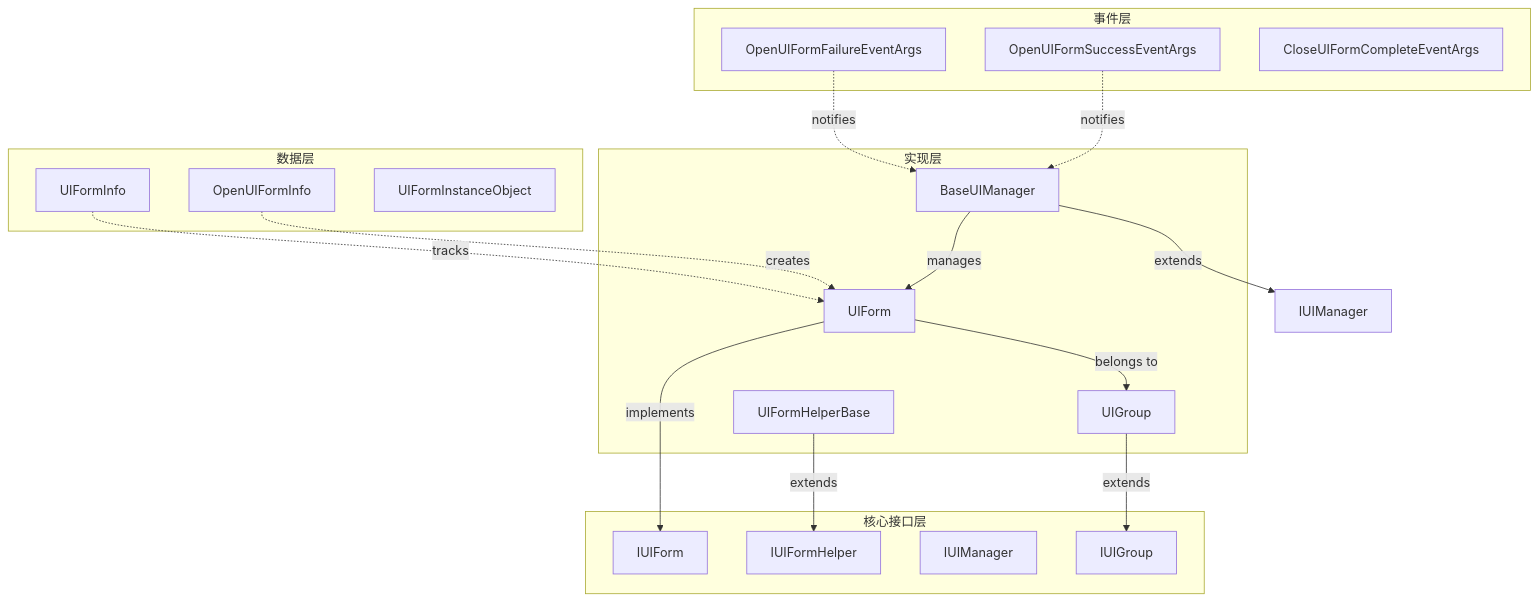
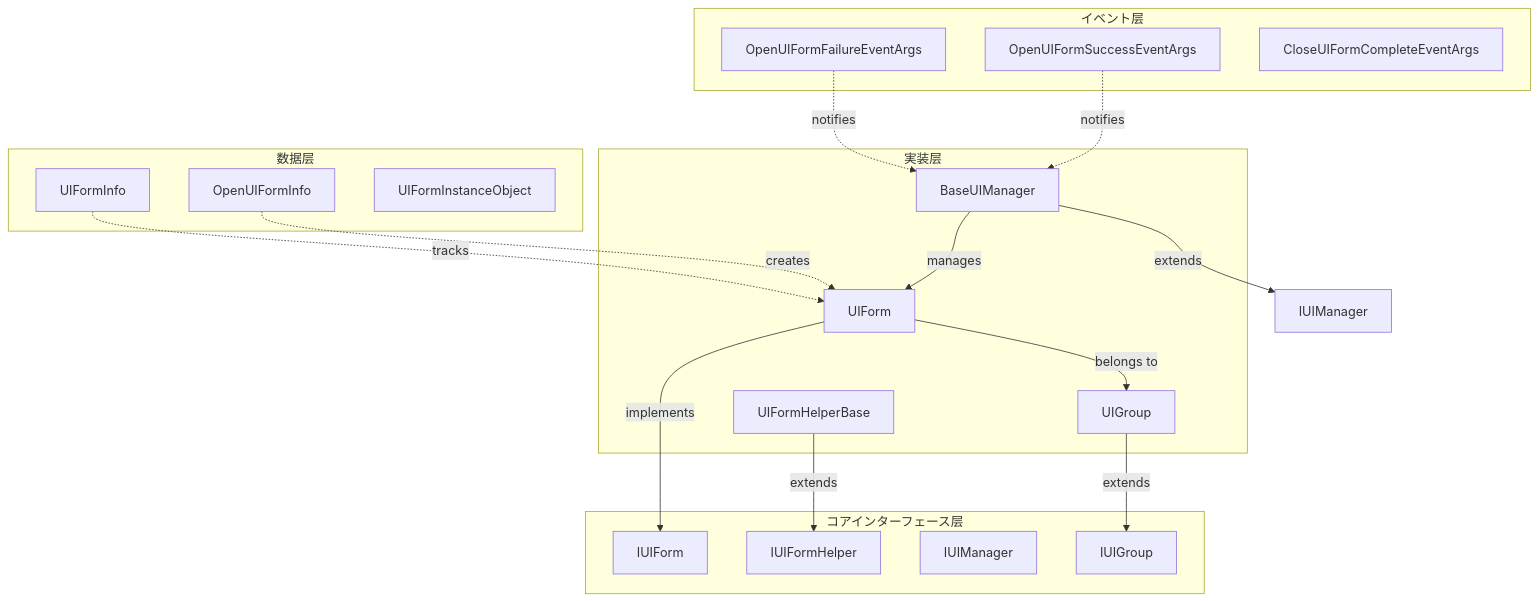
Before and after one commit to AlianBlank/GameFrameX.Docs: the first of 4 diagrams in docs/ja/client/unity/component/ui/06.ui-form.md, drawn with Mermaid. The commit also changed other lines of this file and 603 other files, not shown here.

````diff
--- a/docs/ja/client/unity/component/ui/06.ui-form.md
+++ b/docs/ja/client/unity/component/ui/06.ui-form.md
@@ -21,39 +21,39 @@
 ```mermaid
 flowchart TD
-    subgraph Core["核心接口层"]
+    subgraph Core["コアインターフェース层"]
         IUF[IUIForm]
         IUFH[IUIFormHelper]
        IUM[IUIManager]
         IUG[IUIGroup]
     end
 
-    subgraph Implementation["实现层"]
+    subgraph Implementation["実装层"]
         UF[UIForm]
         UFB[UIFormHelperBase]
         BUM[BaseUIManager]
         UG[UIGroup]
     end
 
     subgraph Data["数据层"]
         OUI[OpenUIFormInfo]
         UFI[UIFormInfo]
         UIO[UIFormInstanceObject]
     end
 
-    subgraph Event["事件层"]
+    subgraph Event["イベント层"]
         OS[OpenUIFormSuccessEventArgs]
         OF[OpenUIFormFailureEventArgs]
         CC[CloseUIFormCompleteEventArgs]
     end
 
     UF -->|implements| IUF
     UFB -->|extends| IUFH
     BUM -->|extends| IUIManager
     UG -->|extends| IUG
     BUM -->|manages| UF
     UF -->|belongs to| UG
     OUI -.->|creates| UF
     UFI -.->|tracks| UF
     OS -.->|notifies| BUM
     OF -.->|notifies| BUM
 ```
````
